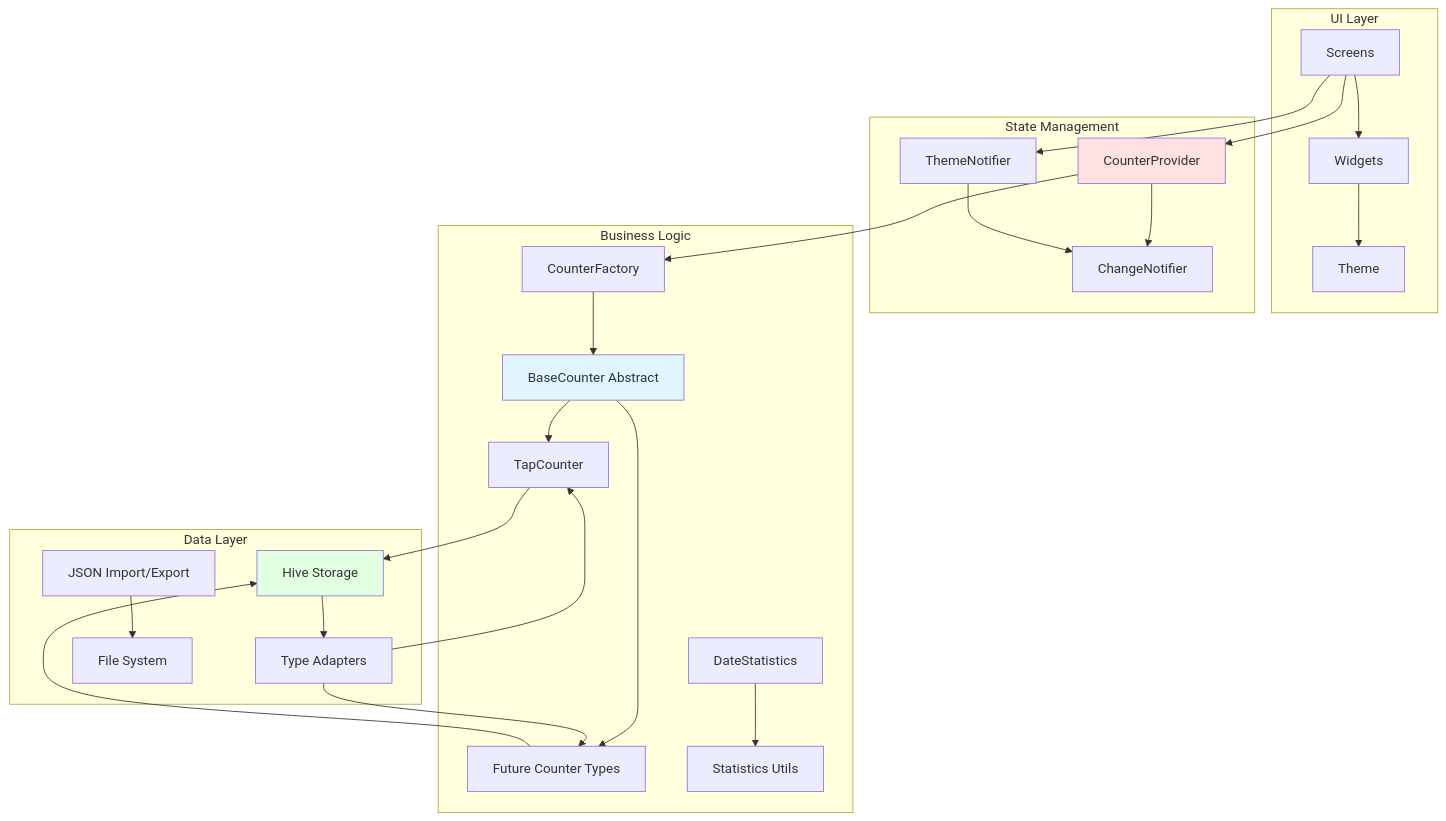
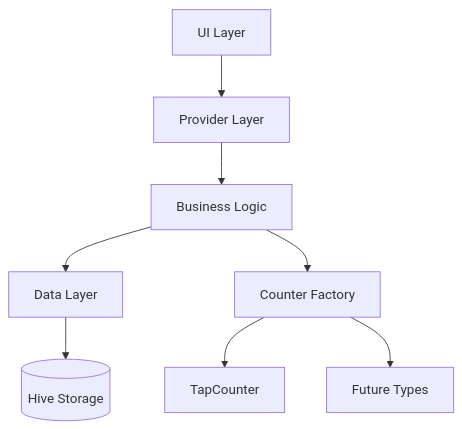
The first of 4 diagrams in docs/architecture/overview.md (KingBenny101/countapp), drawn with Mermaid before and after one commit. The commit also changed other lines of this file and 4 other files, not shown here.

````diff
--- a/docs/architecture/overview.md
+++ b/docs/architecture/overview.md
@@ -7,36 +7,11 @@
 ```mermaid
 graph TB
-    subgraph "UI Layer"
-        A[Screens] --> B[Widgets]
-        B --> C[Theme]
-    end
+    A[UI Layer] --> B[Provider Layer]
+    B --> C[Business Logic]
+    C --> D[Data Layer]
+    D --> E[(Hive Storage)]
 
-    subgraph "State Management"
-        D[CounterProvider] --> E[ChangeNotifier]
-        F[ThemeNotifier] --> E
-    end
-
-    subgraph "Business Logic"
-        G[BaseCounter Abstract] --> H[TapCounter]
-        G --> I[Future Counter Types]
-        J[CounterFactory] --> G
-        K[DateStatistics] --> L[Statistics Utils]
-    end
-
-    subgraph "Data Layer"
-        M[Hive Storage] --> N[Type Adapters]
-        O[JSON Import/Export] --> P[File System]
-    end
-
-    A --> D
-    A --> F
-    D --> J
-    H --> M
-    I --> M
-    N --> H
-    N --> I
-
-    style G fill:#e1f5ff
-    style D fill:#ffe1e1
-    style M fill:#e1ffe1
+    C --> F[Counter Factory]
+    F --> G[TapCounter]
+    F --> H[Future Types]
 ```
````
